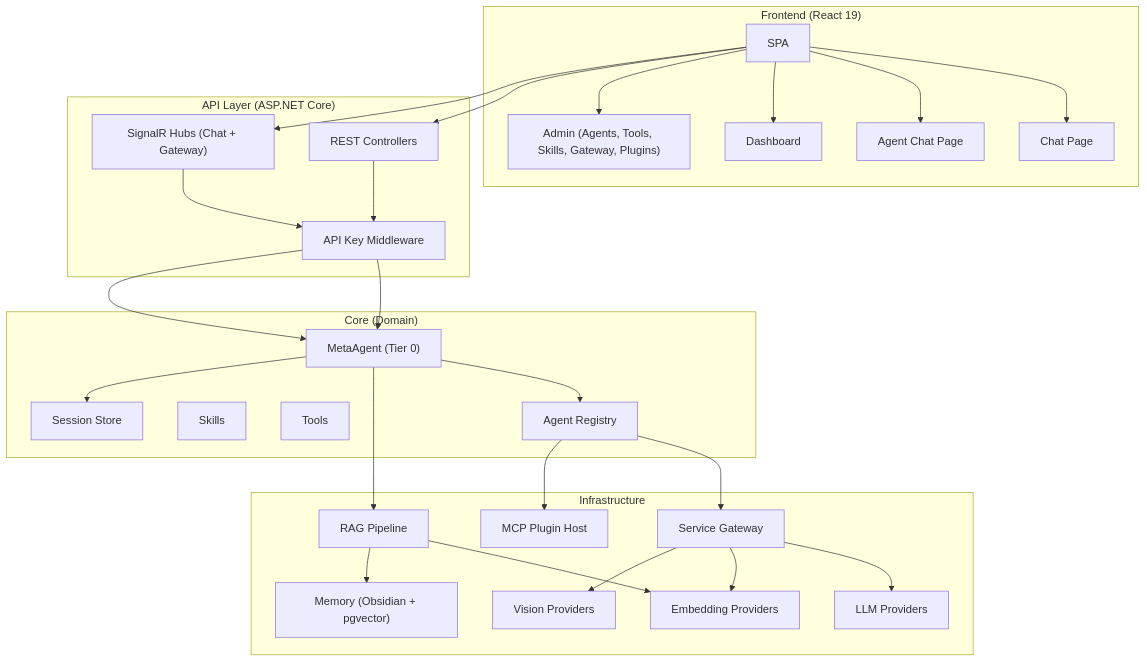
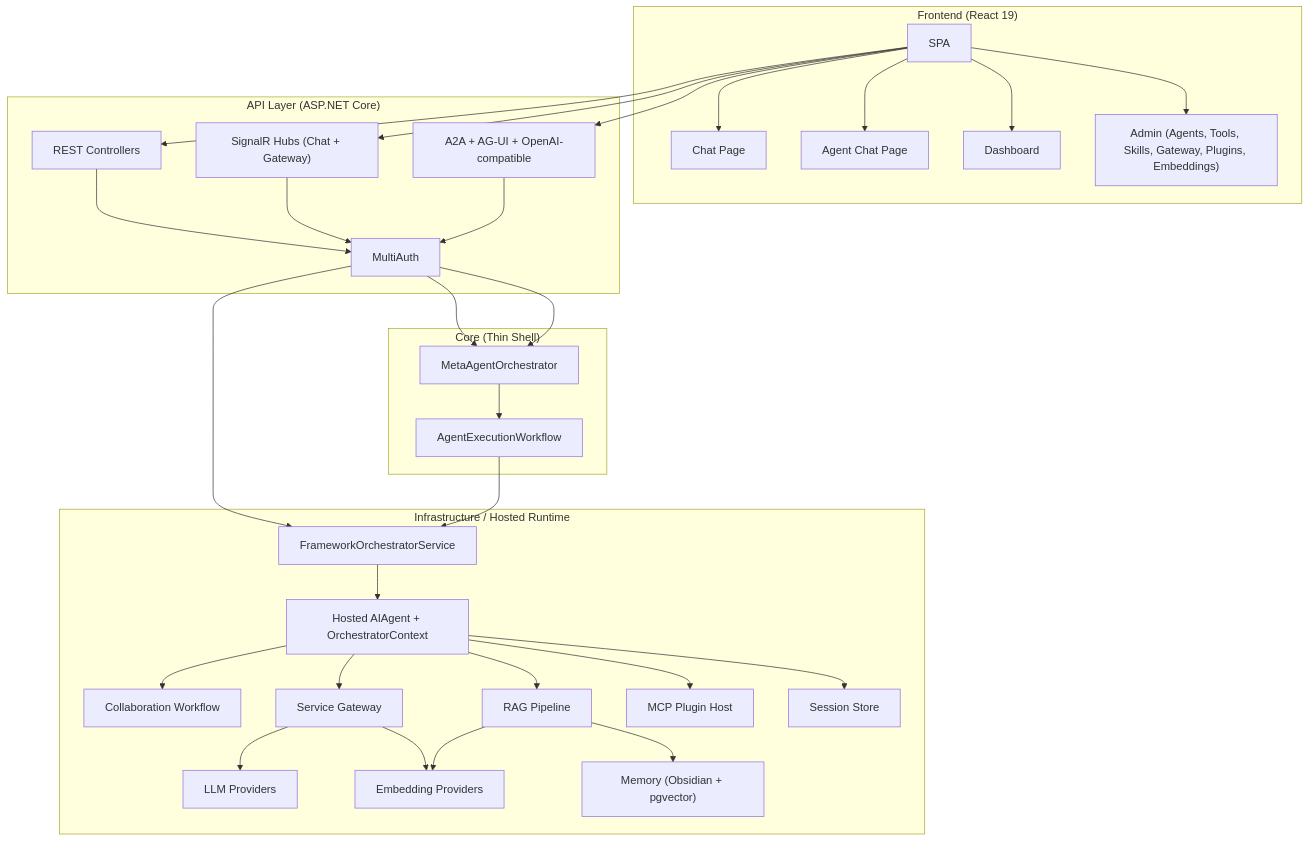
The second of 2 diagrams in docs/DSA-AgenticSystem.md (JonathanBenicio/Agent-System), drawn with Mermaid before and after one commit. The commit also changed other lines of this file and 81 other files, not shown here.

````diff
--- a/docs/DSA-AgenticSystem.md
+++ b/docs/DSA-AgenticSystem.md
@@ -156,48 +164,53 @@
 ```mermaid
 graph TD
     subgraph "Frontend (React 19)"
         UI["SPA"] --> Chat["Chat Page"]
         UI --> AgentChat["Agent Chat Page"]
         UI --> Dashboard["Dashboard"]
-        UI --> Admin["Admin (Agents, Tools, Skills, Gateway, Plugins)"]
+        UI --> Admin["Admin (Agents, Tools, Skills, Gateway, Plugins, Embeddings)"]
     end
 
     subgraph "API Layer (ASP.NET Core)"
         REST["REST Controllers"]
         WS["SignalR Hubs (Chat + Gateway)"]
-        Auth["API Key Middleware"]
+        PROTO["A2A + AG-UI + OpenAI-compatible"]
+        Auth["MultiAuth"]
     end
 
-    subgraph "Core (Domain)"
-        Meta["MetaAgent (Tier 0)"]
-        Agents["Agent Registry"]
-        Skills["Skills"]
-        Tools["Tools"]
-        Sessions["Session Store"]
+    subgraph "Core (Thin Shell)"
+        Meta["MetaAgentOrchestrator"]
+        Workflow["AgentExecutionWorkflow"]
     end
 
-    subgraph "Infrastructure"
+    subgraph "Infrastructure / Hosted Runtime"
+        Orch["FrameworkOrchestratorService"]
+        Hosted["Hosted AIAgent + OrchestratorContext"]
+        Collab["Collaboration Workflow"]
         GW["Service Gateway"]
         LLM["LLM Providers"]
         EMB["Embedding Providers"]
-        VIS["Vision Providers"]
         RAG["RAG Pipeline"]
         MEM["Memory (Obsidian + pgvector)"]
         MCP["MCP Plugin Host"]
+        Sessions["Session Store"]
     end
 
     UI --> REST
     UI --> WS
+    UI --> PROTO
     REST --> Auth --> Meta
     WS --> Auth --> Meta
-    Meta --> Agents
-    Agents --> GW
+    PROTO --> Auth --> Orch
+    Meta --> Workflow
+    Workflow --> Orch
+    Orch --> Hosted
+    Hosted --> Collab
+    Hosted --> GW
     GW --> LLM
     GW --> EMB
-    GW --> VIS
     RAG --> EMB
     RAG --> MEM
-    Meta --> RAG
-    Meta --> Sessions
-    Agents --> MCP
+    Hosted --> RAG
+    Hosted --> Sessions
+    Hosted --> MCP
 ```
````
